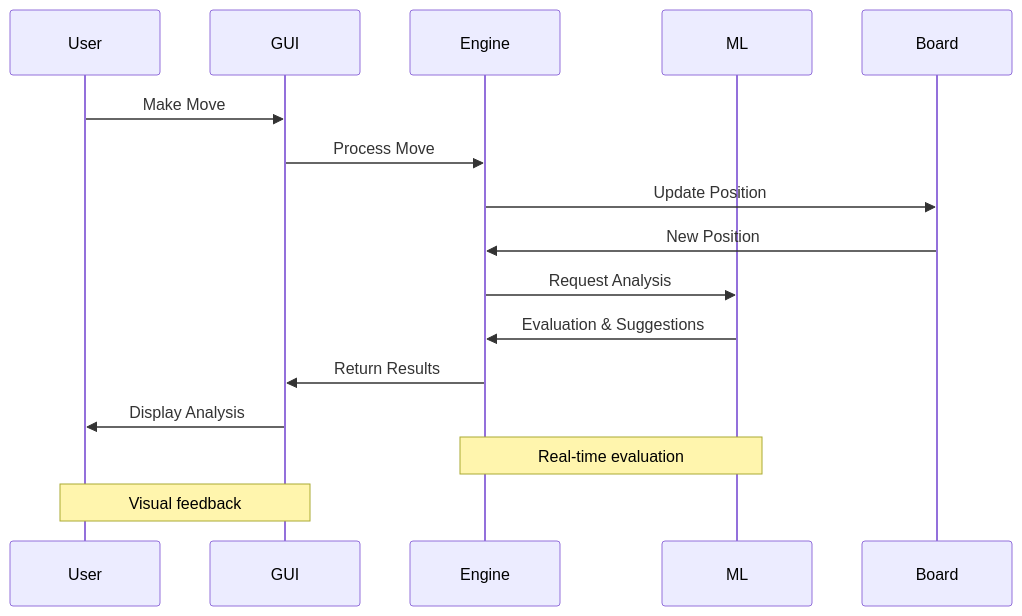
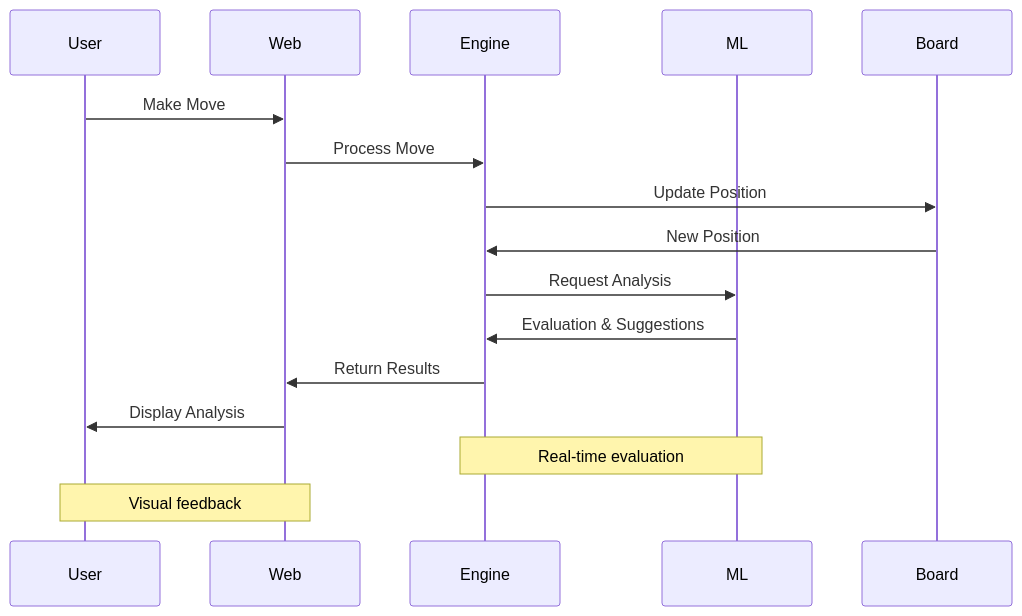
One commit to Bempong-Sylvester-Obese/Chess-Engine changed the fifth of 8 diagrams in Docs/README.md. Above: the diagram before and after it, drawn with Mermaid. The commit also changed other lines of this file, not shown here.

````diff
--- a/Docs/README.md
+++ b/Docs/README.md
@@ -301,22 +372,22 @@
 ```mermaid
 sequenceDiagram
     participant User
-    participant GUI
+    participant Web
     participant Engine
     participant ML
     participant Board
     
-    User->>GUI: Make Move
-    GUI->>Engine: Process Move
+    User->>Web: Make Move
+    Web->>Engine: Process Move
     Engine->>Board: Update Position
     Board->>Engine: New Position
     
     Engine->>ML: Request Analysis
     ML->>Engine: Evaluation & Suggestions
     
-    Engine->>GUI: Return Results
-    GUI->>User: Display Analysis
+    Engine->>Web: Return Results
+    Web->>User: Display Analysis
     
     Note over Engine,ML: Real-time evaluation
-    Note over GUI,User: Visual feedback
+    Note over Web,User: Visual feedback
 ```
````
